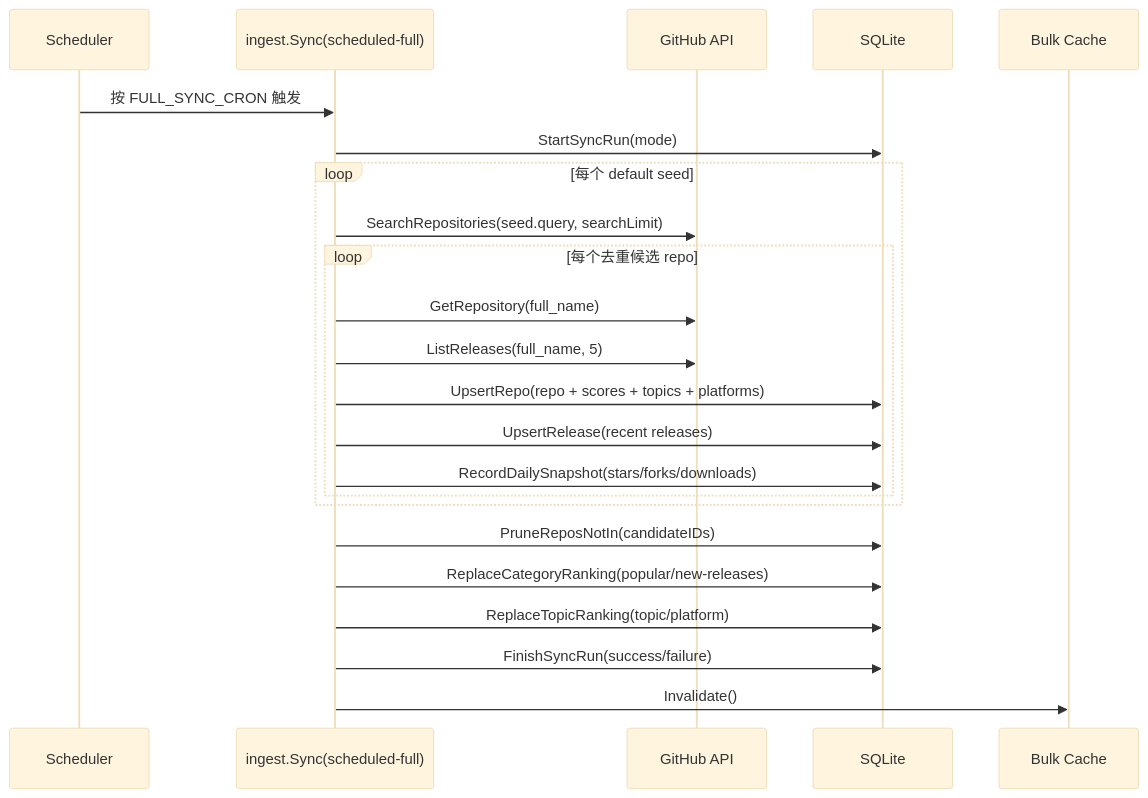
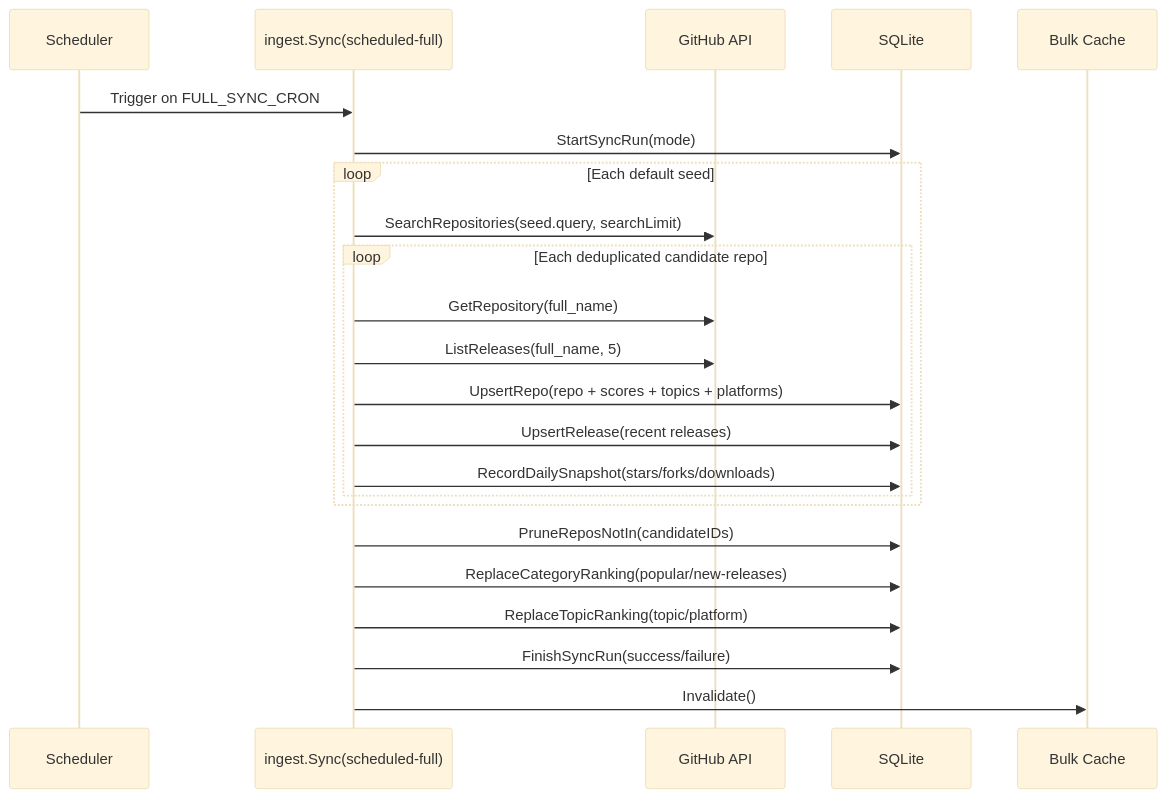
Before and after one commit to starcat-app/starcat-discovery-api: the second of 2 diagrams in README.md, drawn with Mermaid (base theme). The commit also changed other lines of this file, not shown here.

````diff
--- a/README.md
+++ b/README.md
@@ -148,26 +148,26 @@
 ```mermaid
 sequenceDiagram
     participant Scheduler as Scheduler
     participant Ingest as ingest.Sync(scheduled-full)
     participant GitHub as GitHub API
     participant SQLite as SQLite
     participant BulkCache as Bulk Cache
 
-    Scheduler->>Ingest: 按 FULL_SYNC_CRON 触发
+    Scheduler->>Ingest: Trigger on FULL_SYNC_CRON
     Ingest->>SQLite: StartSyncRun(mode)
-    loop 每个 default seed
+    loop Each default seed
         Ingest->>GitHub: SearchRepositories(seed.query, searchLimit)
-        loop 每个去重候选 repo
+        loop Each deduplicated candidate repo
             Ingest->>GitHub: GetRepository(full_name)
             Ingest->>GitHub: ListReleases(full_name, 5)
             Ingest->>SQLite: UpsertRepo(repo + scores + topics + platforms)
             Ingest->>SQLite: UpsertRelease(recent releases)
             Ingest->>SQLite: RecordDailySnapshot(stars/forks/downloads)
         end
     end
     Ingest->>SQLite: PruneReposNotIn(candidateIDs)
     Ingest->>SQLite: ReplaceCategoryRanking(popular/new-releases)
     Ingest->>SQLite: ReplaceTopicRanking(topic/platform)
     Ingest->>SQLite: FinishSyncRun(success/failure)
     Ingest->>BulkCache: Invalidate()
 ```
````
